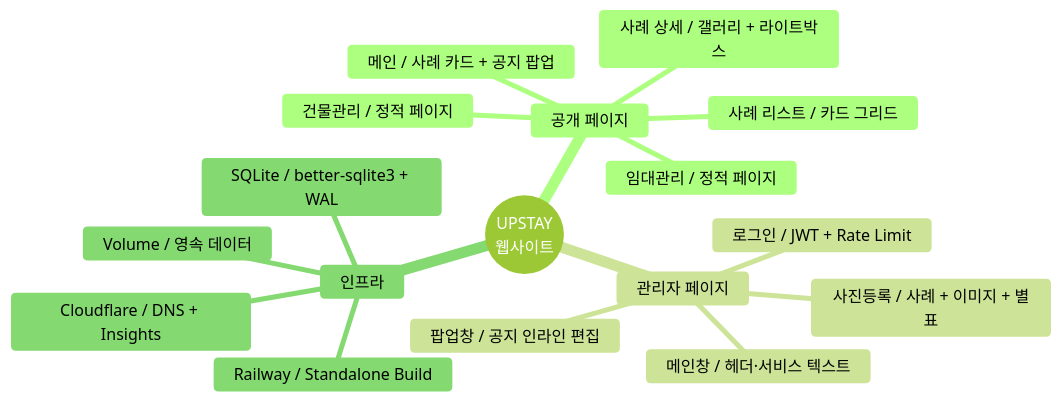
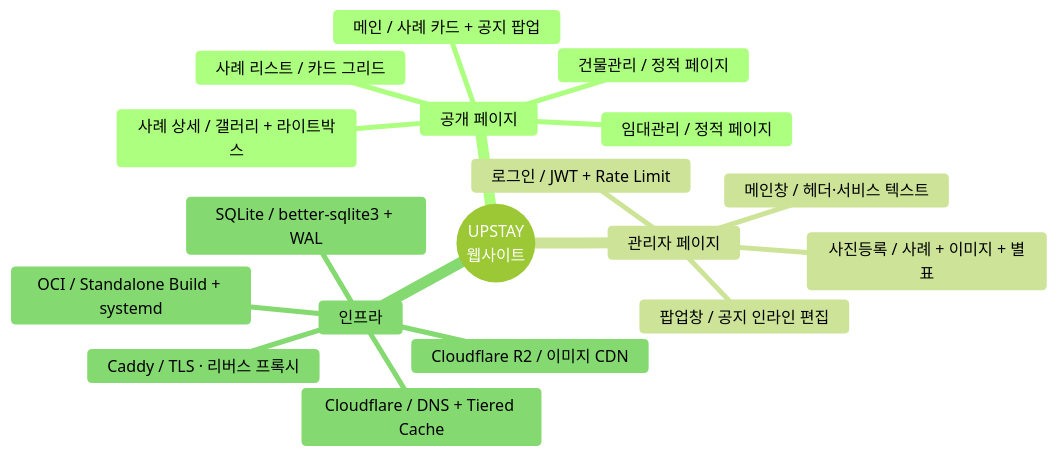
Before and after one commit to doublesilver/upstay-website: the first of 11 diagrams in README.md, drawn with Mermaid (forest theme). The commit also changed other lines of this file and 2 other files, not shown here.

First line of the commit message:
docs: 마무리 — README OCI/R2 갱신 + CHANGES.md v3.23 + 인수확인서 (#45)

````diff
--- a/README.md
+++ b/README.md
@@ -37,20 +39,21 @@
 ```mermaid
 mindmap
   root((UPSTAY<br/>웹사이트))
     공개 페이지
       메인 / 사례 카드 + 공지 팝업
       사례 리스트 / 카드 그리드
       사례 상세 / 갤러리 + 라이트박스
       건물관리 / 정적 페이지
       임대관리 / 정적 페이지
     관리자 페이지
       로그인 / JWT + Rate Limit
       메인창 / 헤더·서비스 텍스트
       사진등록 / 사례 + 이미지 + 별표
       팝업창 / 공지 인라인 편집
     인프라
-      Railway / Standalone Build
+      OCI / Standalone Build + systemd
+      Caddy / TLS · 리버스 프록시
       SQLite / better-sqlite3 + WAL
-      Volume / 영속 데이터
-      Cloudflare / DNS + Insights
+      Cloudflare R2 / 이미지 CDN
+      Cloudflare / DNS + Tiered Cache
 ```
````
